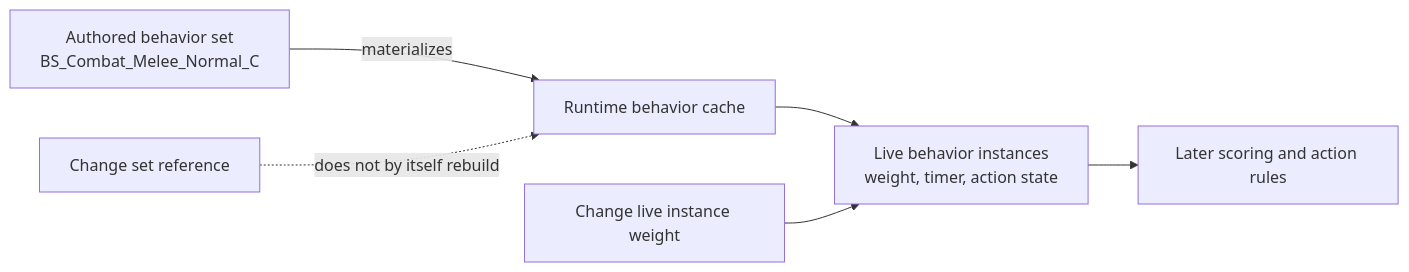
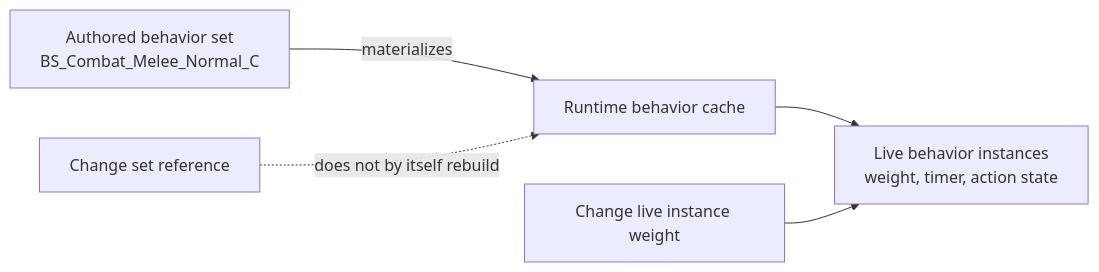
One commit to Knutschbert/ArgonSDK-FieldGuide changed the diagram in docs/Systems/Chivalry2/Bot Behavior/tuning-and-difficulty.md. Above: the diagram before and after it, drawn with Mermaid. The commit also changed other lines of this file and 9 other files, not shown here.

````diff
--- a/docs/Systems/Chivalry2/Bot Behavior/tuning-and-difficulty.md
+++ b/docs/Systems/Chivalry2/Bot Behavior/tuning-and-difficulty.md
@@ -53,8 +56,7 @@
 ```mermaid
 flowchart LR
   S[Authored behavior set<br/>BS_Combat_Melee_Normal_C] -->|materializes| C[Runtime behavior cache]
   C --> I[Live behavior instances<br/>weight, timer, action state]
   SR[Change set reference] -. does not by itself rebuild .-> C
   IW[Change live instance weight] --> I
-  I --> D[Later scoring and action rules]
 ```
````
